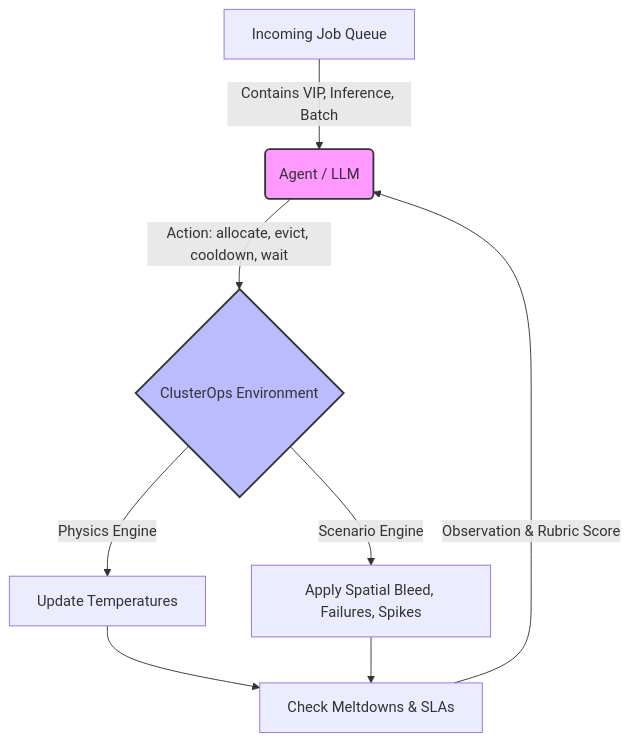
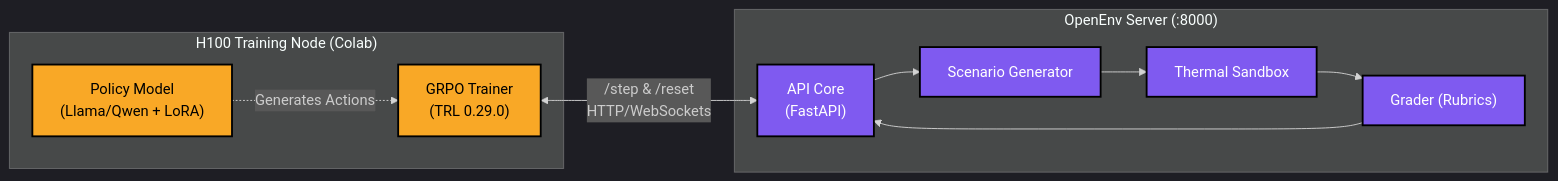
Before and after one commit to Sushmit-Biswas/thermal-gpu-balancer: the second of 2 diagrams in README.md, drawn with Mermaid. The commit also changed other lines of this file and 7 other files, not shown here.

````diff
--- a/README.md
+++ b/README.md
@@ -84,13 +109,30 @@
 ```mermaid
-graph TD
-    A[Incoming Job Queue] -->|Contains VIP, Inference, Batch| B(Agent / LLM)
-    B -->|Action: allocate, evict, cooldown, wait| C{ClusterOps Environment}
-    C -->|Physics Engine| D[Update Temperatures]
-    C -->|Scenario Engine| E[Apply Spatial Bleed, Failures, Spikes]
-    D --> F[Check Meltdowns & SLAs]
+%%{init: {'theme':'dark'}}%%
+graph LR
+    classDef compute fill:#f9a826,stroke:#000000,stroke-width:2px,color:#000000;
+    classDef data fill:#ef4565,stroke:#000000,stroke-width:2px,color:#fffffe;
+    classDef logic fill:#7f5af0,stroke:#000000,stroke-width:2px,color:#fffffe;
+    classDef infra fill:#16161a,stroke:#72757e,stroke-width:2px,color:#94a1b2,stroke-dasharray: 5 5;
+
+    subgraph "H100 Training Node (Colab)"
+        A["GRPO Trainer\n(TRL 0.29.0)"]:::compute
+        B["Policy Model\n(Llama/Qwen + LoRA)"]:::compute
+    end
+
+    subgraph "OpenEnv Server (:8000)"
+        C["API Core\n(FastAPI)"]:::logic
+        D["Scenario Generator"]:::data
+        E["Thermal Sandbox"]:::data
+        F["Grader (Rubrics)"]:::logic
+    end
+
+    A <-->|"/step & /reset\nHTTP/WebSockets"| C
+    B -.->|Generates Actions| A
+    C --> D
+    D --> E
     E --> F
-    F -->|Observation & Rubric Score| B
+    F --> C
     
-    style B fill:#f9f,stroke:#333,stroke-width:2px
-    style C fill:#bbf,stroke:#333,stroke-width:2px
+    class A,B compute;
+    class C,D,E,F logic;
 ```
````
